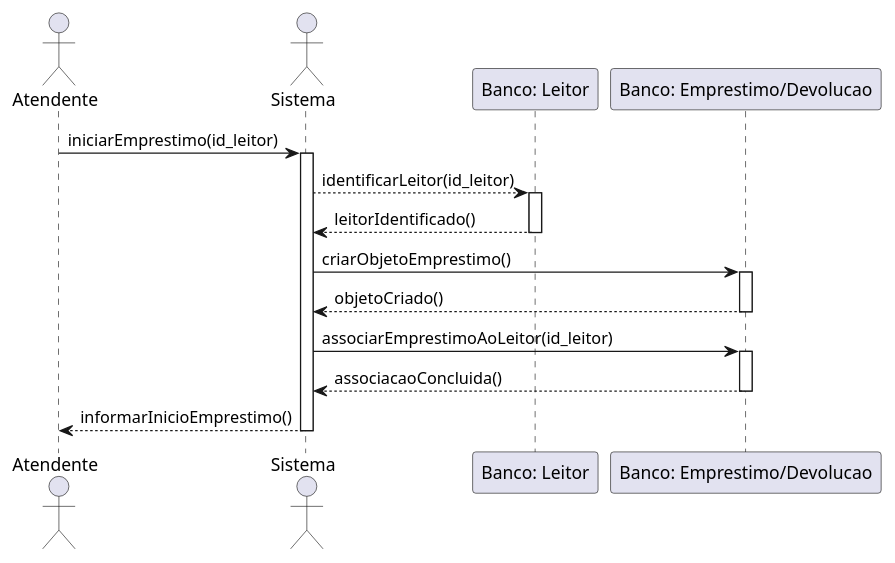
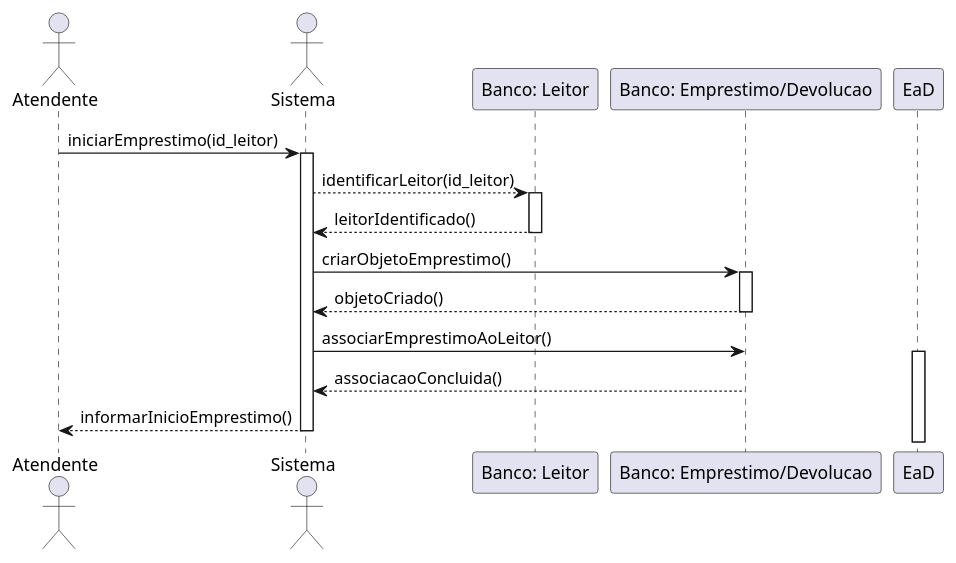
The diagram in iniciar-emprestimo.puml (brunobmello25/projeto-de-software-individual), drawn with PlantUML before and after one commit. The commit also changed 2 other files, not shown here.

```diff
--- a/iniciar-emprestimo.puml
+++ b/iniciar-emprestimo.puml
@@ -1,30 +1,30 @@
 @startuml
 
 actor "Atendente" as A
 actor "Sistema" as S
 participant "Banco: Leitor" as L
 participant "Banco: Emprestimo/Devolucao" as ED
 
 A -> S : iniciarEmprestimo(id_leitor)
 activate S
 
 S --> L : identificarLeitor(id_leitor)
 activate L
 L --> S : leitorIdentificado()
 deactivate L
 
 S -> ED : criarObjetoEmprestimo()
 activate ED
 ED --> S : objetoCriado()
 deactivate ED
 
-S -> ED : associarEmprestimoAoLeitor(id_leitor)
-activate ED
+S -> ED : associarEmprestimoAoLeitor()
+activate EaD
 ED --> S : associacaoConcluida()
 deactivate ED
 
 S --> A : informarInicioEmprestimo()
 
 deactivate S
 
 @enduml
```
